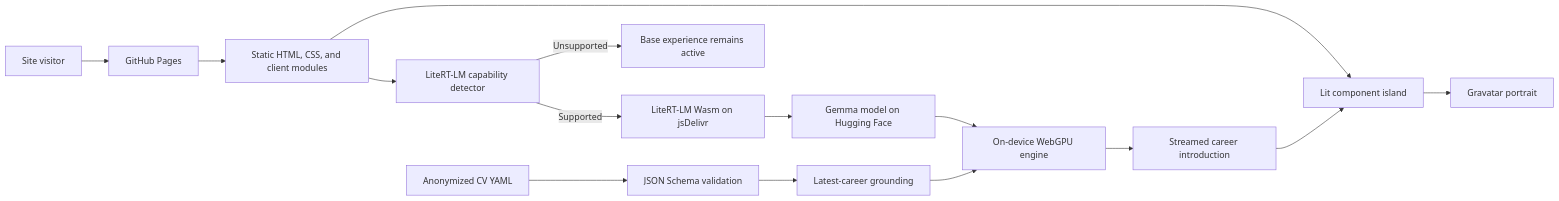
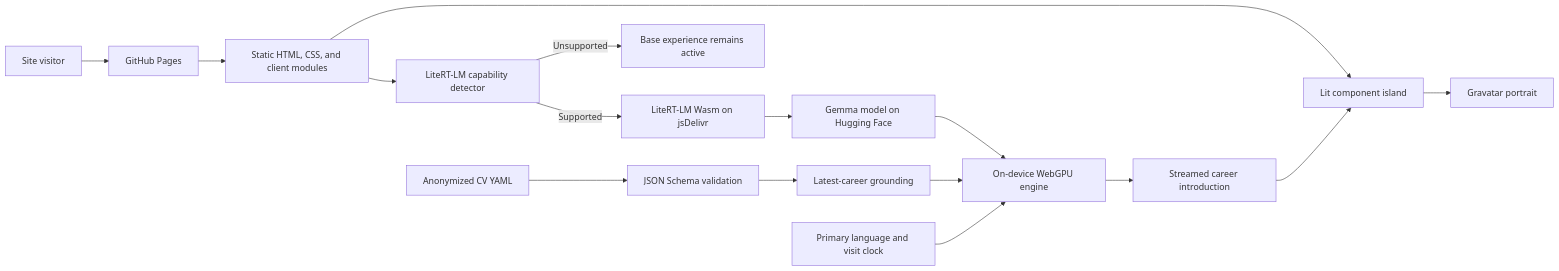
One commit to japboy/japboy.github.io changed the diagram in ARCHITECTURE.md. Above: the diagram before and after it, drawn with Mermaid. The commit also changed other lines of this file and 7 other files, not shown here.

````diff
--- a/ARCHITECTURE.md
+++ b/ARCHITECTURE.md
@@ -33,17 +33,18 @@
 ```mermaid
 flowchart LR
   visitor["Site visitor"] --> pages["GitHub Pages"]
   pages --> shell["Static HTML, CSS, and client modules"]
   shell --> island["Lit component island"]
   cvYaml["Anonymized CV YAML"] --> schema["JSON Schema validation"]
   schema --> grounding["Latest-career grounding"]
   island --> gravatar["Gravatar portrait"]
   shell --> detector["LiteRT-LM capability detector"]
   detector -->|"Unsupported"| base["Base experience remains active"]
   detector -->|"Supported"| runtime["LiteRT-LM Wasm on jsDelivr"]
   runtime --> model["Gemma model on Hugging Face"]
   model --> engine["On-device WebGPU engine"]
   grounding --> engine
+  browserContext["Primary language and visit clock"] --> engine
   engine --> introduction["Streamed career introduction"]
   introduction --> island
 ```
````
